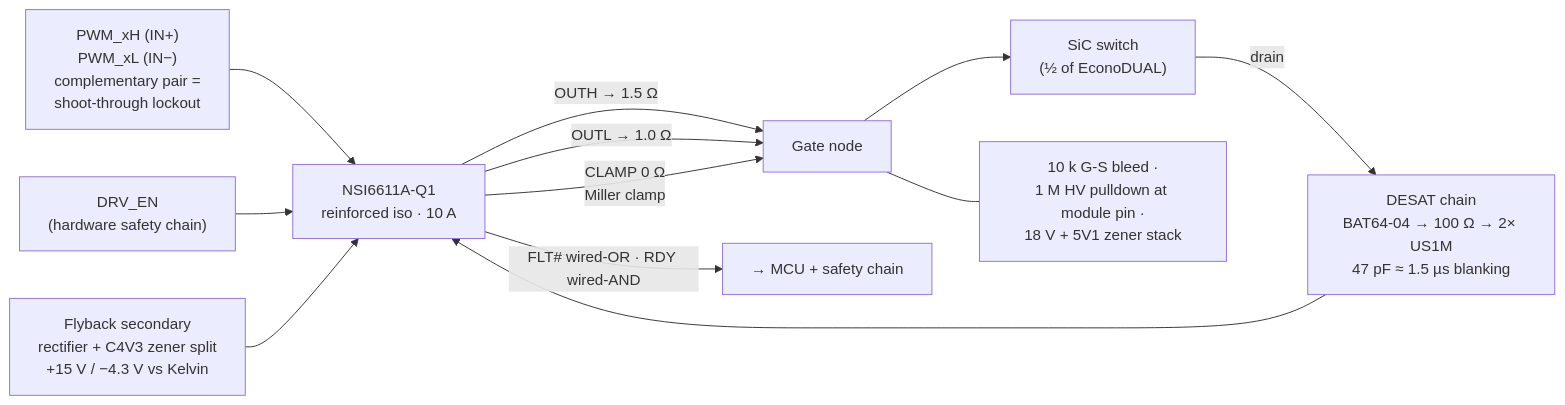
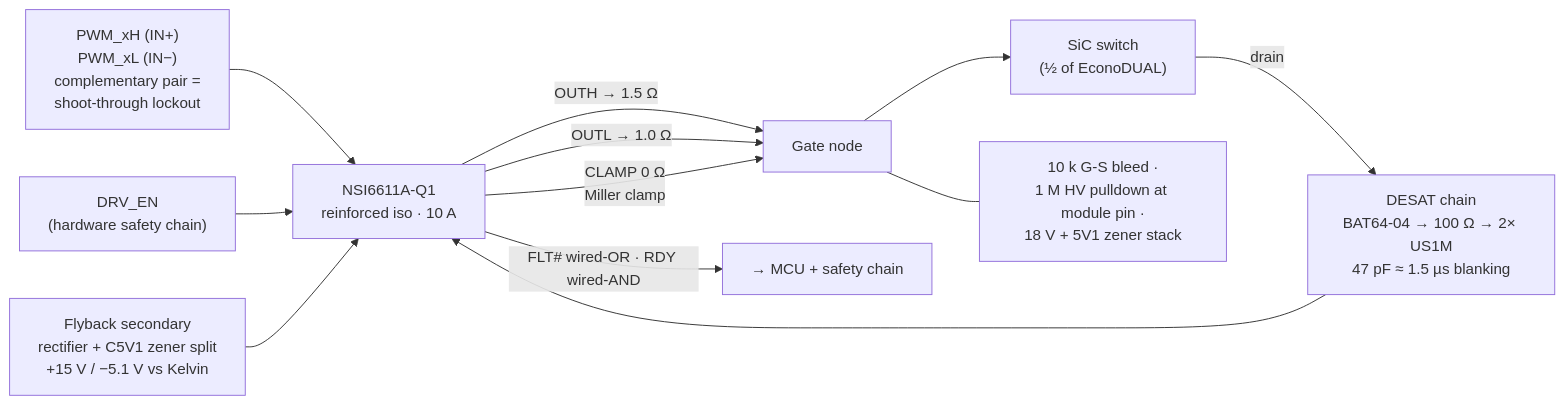
The second of 9 diagrams in README.md (vectivolt/Traction-Inverter-GEN-1), drawn with Mermaid before and after one commit. The commit also changed other lines of this file and 61 other files, not shown here.

````diff
--- a/README.md
+++ b/README.md
@@ -184,15 +186,15 @@
 ```mermaid
 flowchart LR
   PWM["PWM_xH (IN+)<br/>PWM_xL (IN−)<br/>complementary pair =<br/>shoot-through lockout"] --> DRV
   EN["DRV_EN<br/>(hardware safety chain)"] --> DRV
   DRV["NSI6611A-Q1<br/>reinforced iso · 10 A"]
   DRV -->|"OUTH → 1.5 Ω"| G["Gate node"]
   DRV -->|"OUTL → 1.0 Ω"| G
   DRV -->|"CLAMP 0 Ω<br/>Miller clamp"| G
   G --> SW["SiC switch<br/>(½ of EconoDUAL)"]
   SW -->|"drain"| DS["DESAT chain<br/>BAT64-04 → 100 Ω → 2× US1M<br/>47 pF ≈ 1.5 µs blanking"]
   DS --> DRV
-  BIAS["Flyback secondary<br/>rectifier + C4V3 zener split<br/>+15 V / −4.3 V vs Kelvin"] --> DRV
+  BIAS["Flyback secondary<br/>rectifier + C5V1 zener split<br/>+15 V / −5.1 V vs Kelvin"] --> DRV
   DRV -->|"FLT# wired-OR · RDY wired-AND"| FB["→ MCU + safety chain"]
   G --- P1["10 k G-S bleed ·<br/>1 M HV pulldown at module pin ·<br/>18 V + 5V1 zener stack"]
 ```
````
